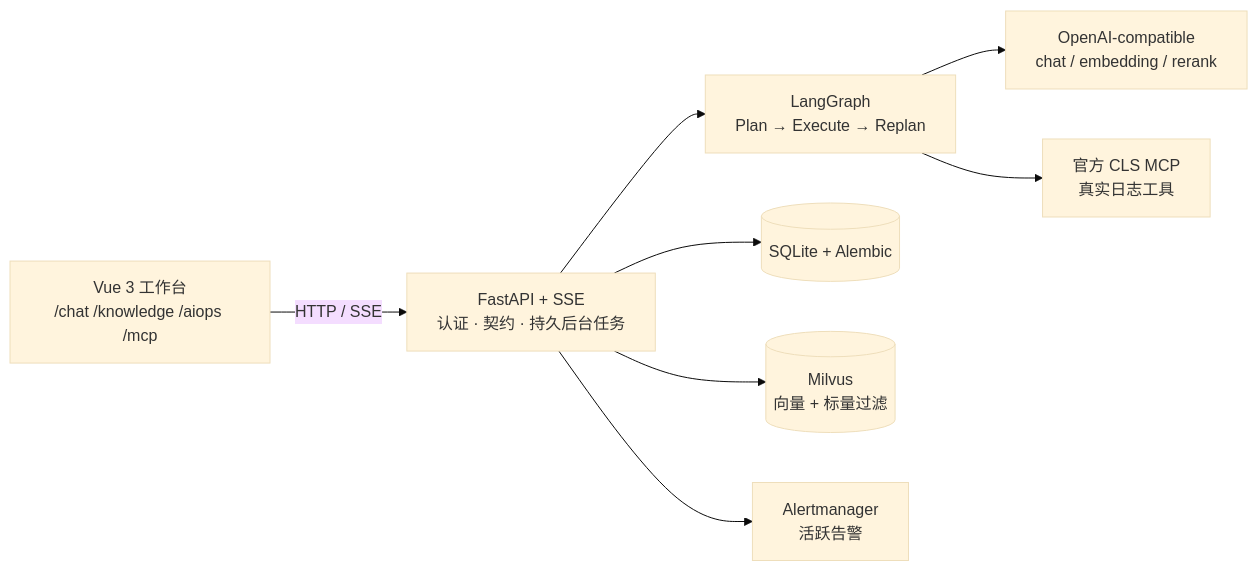
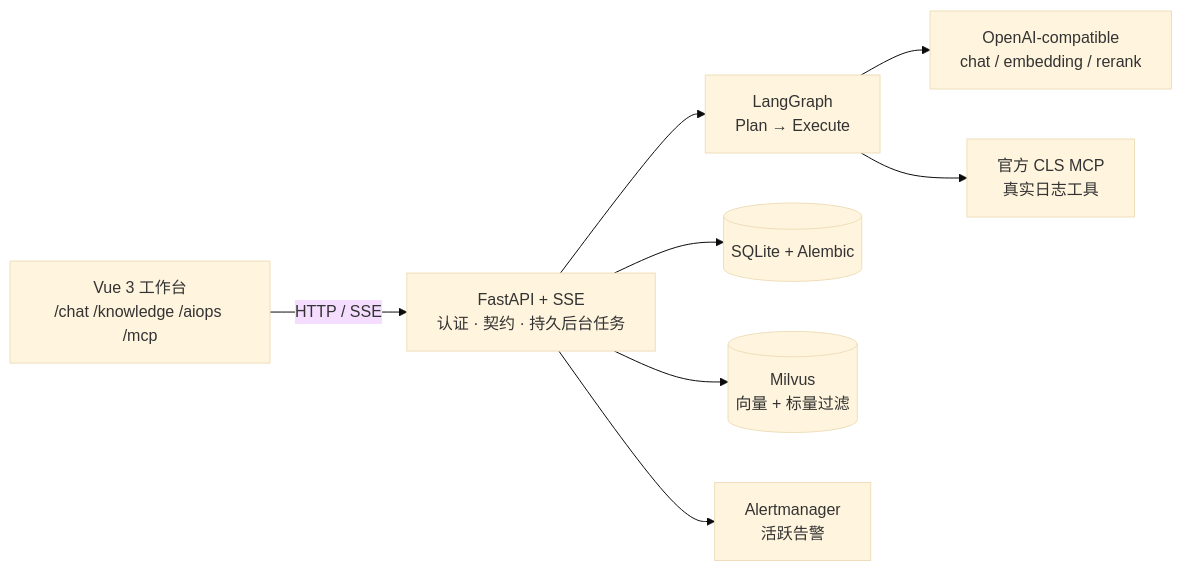
The diagram in README.md (hl7321/aiops-agent-reproduction), drawn with Mermaid (base theme) before and after one commit. The commit also changed other lines of this file and 1 other file, not shown here.

````diff
--- a/README.md
+++ b/README.md
@@ -61,19 +64,19 @@
 ```mermaid
 flowchart LR
   UI["Vue 3 工作台<br/>/chat /knowledge /aiops /mcp"]
   API["FastAPI + SSE<br/>认证 · 契约 · 持久后台任务"]
-  GRAPH["LangGraph<br/>Plan → Execute → Replan"]
+  GRAPH["LangGraph<br/>Plan → Execute"]
   DB[("SQLite + Alembic")]
   VEC[("Milvus<br/>向量 + 标量过滤")]
   LLM["OpenAI-compatible<br/>chat / embedding / rerank"]
   MCP["官方 CLS MCP<br/>真实日志工具"]
   AM["Alertmanager<br/>活跃告警"]
 
   UI -->|HTTP / SSE| API
   API --> GRAPH
   API --> DB
   API --> VEC
   GRAPH --> LLM
   GRAPH --> MCP
   API --> AM
 ```
````
